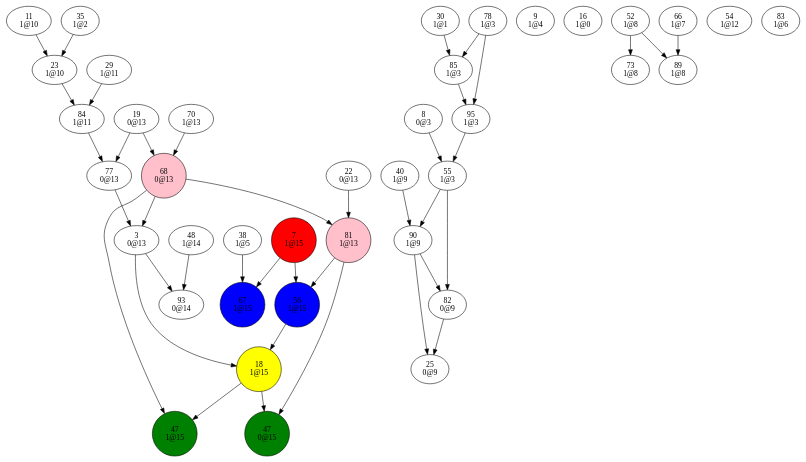
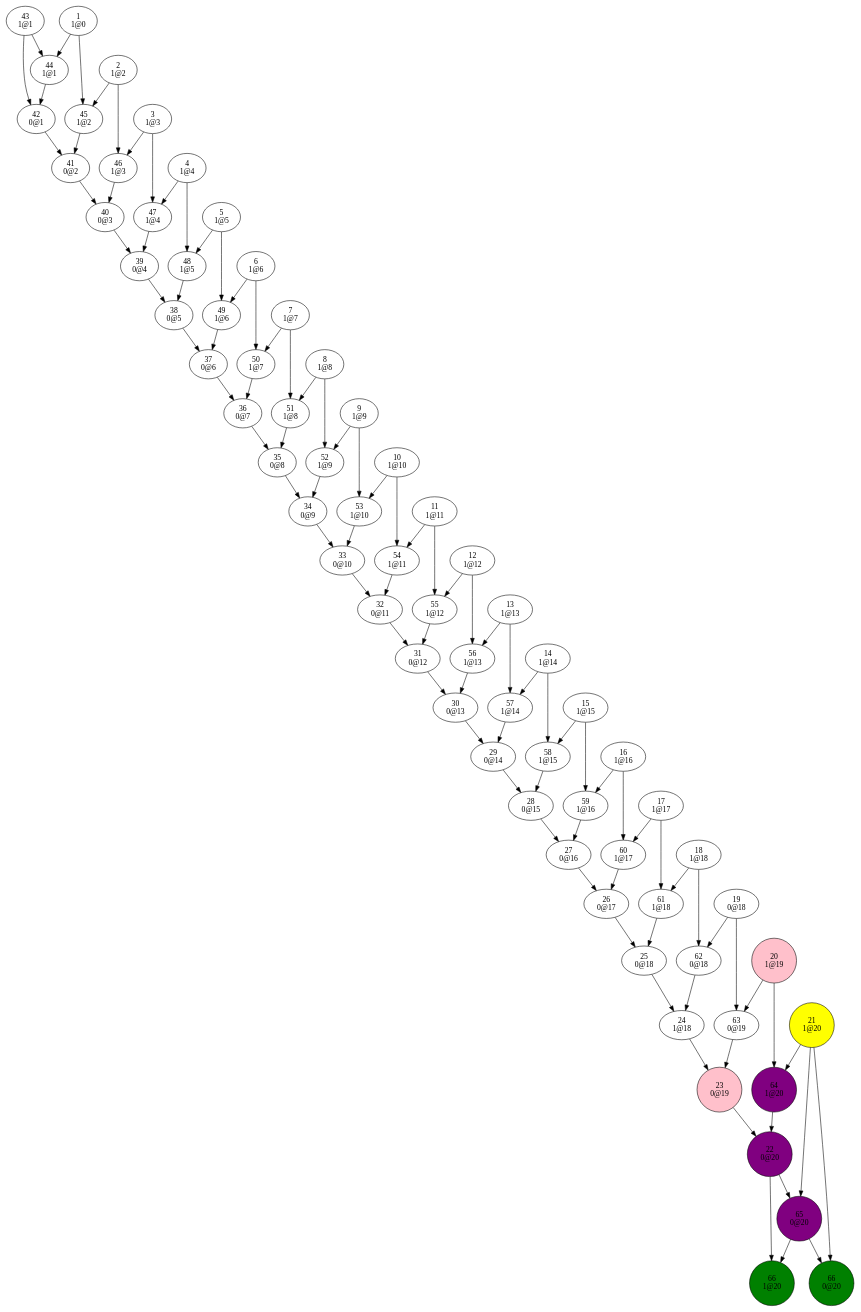
One commit to Oxmose/SATSolver changed the diagram in dev/bin/conflictGraph3.dot. Above: the diagram before and after it, drawn with Graphviz. The commit also changed 18 other files, not shown here.

```diff
--- a/dev/bin/conflictGraph3.dot
+++ b/dev/bin/conflictGraph3.dot
@@ -1,157 +1,292 @@
 digraph {
+"1
+1@0"->"44
+1@1";
+"1
+1@0"->"45
+1@2";
+"2
+1@2"->"45
+1@2";
+"2
+1@2"->"46
+1@3";
 "3
-0@13"->"18
+1@3"->"46
+1@3";
+"3
+1@3"->"47
+1@4";
+"4
+1@4"->"47
+1@4";
+"4
+1@4"->"48
+1@5";
+"5
+1@5"->"48
+1@5";
+"5
+1@5"->"49
+1@6";
+"6
+1@6"->"49
+1@6";
+"6
+1@6"->"50
+1@7";
+"7
+1@7"->"50
+1@7";
+"7
+1@7"->"51
+1@8";
+"8
+1@8"->"51
+1@8";
+"8
+1@8"->"52
+1@9";
+"9
+1@9"->"52
+1@9";
+"9
+1@9"->"53
+1@10";
+"10
+1@10"->"53
+1@10";
+"10
+1@10"->"54
+1@11";
+"11
+1@11"->"54
+1@11";
+"11
+1@11"->"55
+1@12";
+"12
+1@12"->"55
+1@12";
+"12
+1@12"->"56
+1@13";
+"13
+1@13"->"56
+1@13";
+"13
+1@13"->"57
+1@14";
+"14
+1@14"->"57
+1@14";
+"14
+1@14"->"58
 1@15";
-"3
-0@13"->"93
+"15
+1@15"->"58
+1@15";
+"15
+1@15"->"59
+1@16";
+"16
+1@16"->"59
+1@16";
+"16
+1@16"->"60
+1@17";
+"17
+1@17"->"60
+1@17";
+"17
+1@17"->"61
+1@18";
+"18
+1@18"->"61
+1@18";
+"18
+1@18"->"62
+0@18";
+"19
+0@18"->"62
+0@18";
+"19
+0@18"->"63
+0@19";
+"20
+1@19"->"63
+0@19";
+"20
+1@19"->"64
+1@20";
+"21
+1@20"->"64
+1@20";
+"21
+1@20"->"65
+0@20";
+"21
+1@20"->"66
+0@20";
+"22
+0@20"->"65
+0@20";
+"22
+0@20"->"66
+1@20";
+"23
+0@19"->"22
+0@20";
+"24
+1@18"->"23
+0@19";
+"25
+0@18"->"24
+1@18";
+"26
+0@17"->"25
+0@18";
+"27
+0@16"->"26
+0@17";
+"28
+0@15"->"27
+0@16";
+"29
+0@14"->"28
+0@15";
+"30
+0@13"->"29
 0@14";
-"7
-1@15"->"56
-1@15";
-"7
-1@15"->"67
-1@15";
-"8
-0@3"->"55
-1@3";
-"9
-1@4";
-"11
-1@10"->"23
-1@10";
-"16
-1@0";
-"18
-1@15"->"47
+"31
+0@12"->"30
+0@13";
+"32
+0@11"->"31
+0@12";
+"33
+0@10"->"32
+0@11";
+"34
+0@9"->"33
+0@10";
+"35
+0@8"->"34
+0@9";
+"36
+0@7"->"35
+0@8";
+"37
+0@6"->"36
+0@7";
+"38
+0@5"->"37
+0@6";
+"39
+0@4"->"38
+0@5";
+"40
+0@3"->"39
+0@4";
+"41
+0@2"->"40
+0@3";
+"42
+0@1"->"41
+0@2";
+"43
+1@1"->"42
+0@1";
+"43
+1@1"->"44
+1@1";
+"44
+1@1"->"42
+0@1";
+"45
+1@2"->"41
+0@2";
+"46
+1@3"->"40
+0@3";
+"47
+1@4"->"39
+0@4";
+"48
+1@5"->"38
+0@5";
+"49
+1@6"->"37
+0@6";
+"50
+1@7"->"36
+0@7";
+"51
+1@8"->"35
+0@8";
+"52
+1@9"->"34
+0@9";
+"53
+1@10"->"33
+0@10";
+"54
+1@11"->"32
+0@11";
+"55
+1@12"->"31
+0@12";
+"56
+1@13"->"30
+0@13";
+"57
+1@14"->"29
+0@14";
+"58
+1@15"->"28
 0@15";
-"18
-1@15"->"47
-1@15";
-"19
-0@13"->"68
-0@13";
-"19
-0@13"->"77
-0@13";
+"59
+1@16"->"27
+0@16";
+"60
+1@17"->"26
+0@17";
+"61
+1@18"->"25
+0@18";
+"62
+0@18"->"24
+1@18";
+"63
+0@19"->"23
+0@19";
+"64
+1@20"->"22
+0@20";
+"65
+0@20"->"66
+0@20";
+"65
+0@20"->"66
+1@20";
+"66
+0@20";
+"66
+1@20";
+"20
+1@19"[shape=circle, style=filled, fillcolor=pink];
+"21
+1@20"[shape=circle, style=filled, fillcolor=yellow];
 "22
-0@13"->"81
-1@13";
+0@20"[shape=circle, style=filled, fillcolor=purple];
 "23
-1@10"->"84
-1@11";
-"25
-0@9";
-"29
-1@11"->"84
-1@11";
-"30
-1@1"->"85
-1@3";
-"35
-1@2"->"23
-1@10";
-"38
-1@5"->"67
-1@15";
-"40
-1@9"->"90
-1@9";
-"47
-0@15";
-"47
-1@15";
-"48
-1@14"->"93
-0@14";
-"52
-1@8"->"73
-1@8";
-"52
-1@8"->"89
-1@8";
-"54
-1@12";
-"55
-1@3"->"82
-0@9";
-"55
-1@3"->"90
-1@9";
-"56
-1@15"->"18
-1@15";
+0@19"[shape=circle, style=filled, fillcolor=pink];
+"64
+1@20"[shape=circle, style=filled, fillcolor=purple];
+"65
+0@20"[shape=circle, style=filled, fillcolor=purple];
 "66
-1@7"->"89
-1@8";
-"67
-1@15";
-"68
-0@13"->"3
-0@13";
-"68
-0@13"->"47
-1@15";
-"68
-0@13"->"81
-1@13";
-"70
-1@13"->"68
-0@13";
-"73
-1@8";
-"77
-0@13"->"3
-0@13";
-"78
-1@3"->"85
-1@3";
-"78
-1@3"->"95
-1@3";
-"81
-1@13"->"47
-0@15";
-"81
-1@13"->"56
-1@15";
-"82
-0@9"->"25
-0@9";
-"83
-1@6";
-"84
-1@11"->"77
-0@13";
-"85
-1@3"->"95
-1@3";
-"89
-1@8";
-"90
-1@9"->"25
-0@9";
-"90
-1@9"->"82
-0@9";
-"93
-0@14";
-"95
-1@3"->"55
-1@3";
-"7
-1@15"[shape=circle, style=filled, fillcolor=red];
-"18
-1@15"[shape=circle, style=filled, fillcolor=yellow];
-"47
-0@15"[shape=circle, style=filled, fillcolor=green];
-"47
-1@15"[shape=circle, style=filled, fillcolor=green];
-"56
-1@15"[shape=circle, style=filled, fillcolor=blue];
-"67
-1@15"[shape=circle, style=filled, fillcolor=blue];
-"68
-0@13"[shape=circle, style=filled, fillcolor=pink];
-"81
-1@13"[shape=circle, style=filled, fillcolor=pink];
+0@20"[shape=circle, style=filled, fillcolor=green];
+"66
+1@20"[shape=circle, style=filled, fillcolor=green];
 }
```
